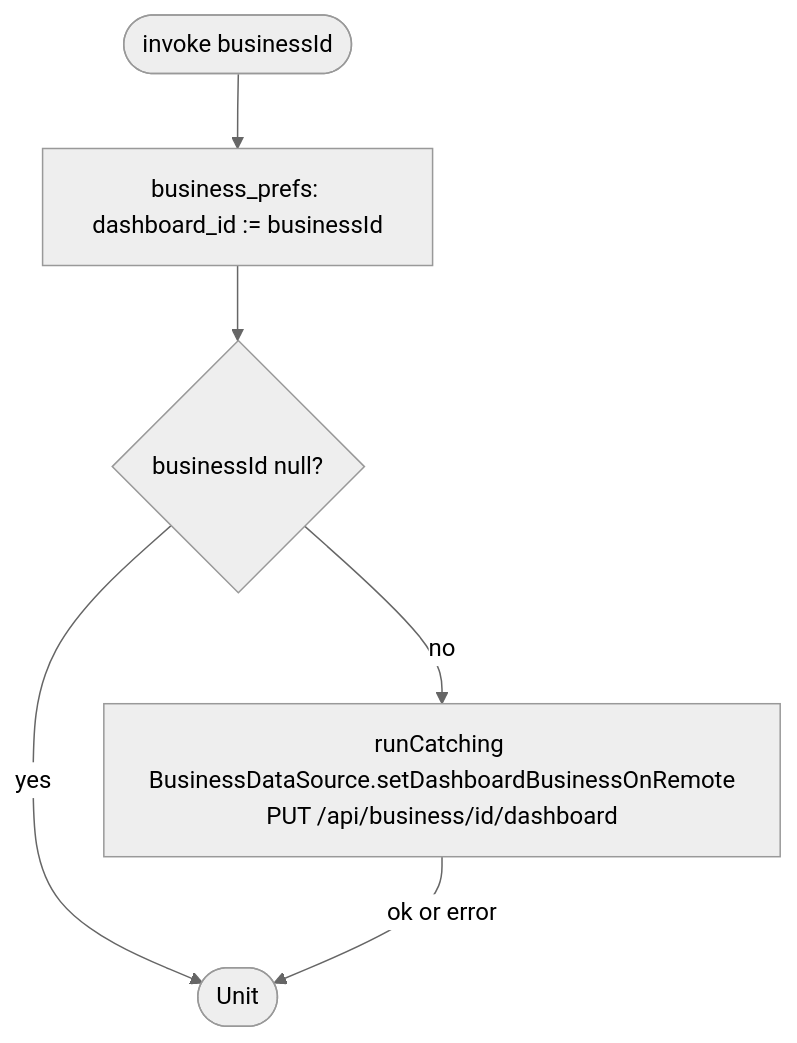
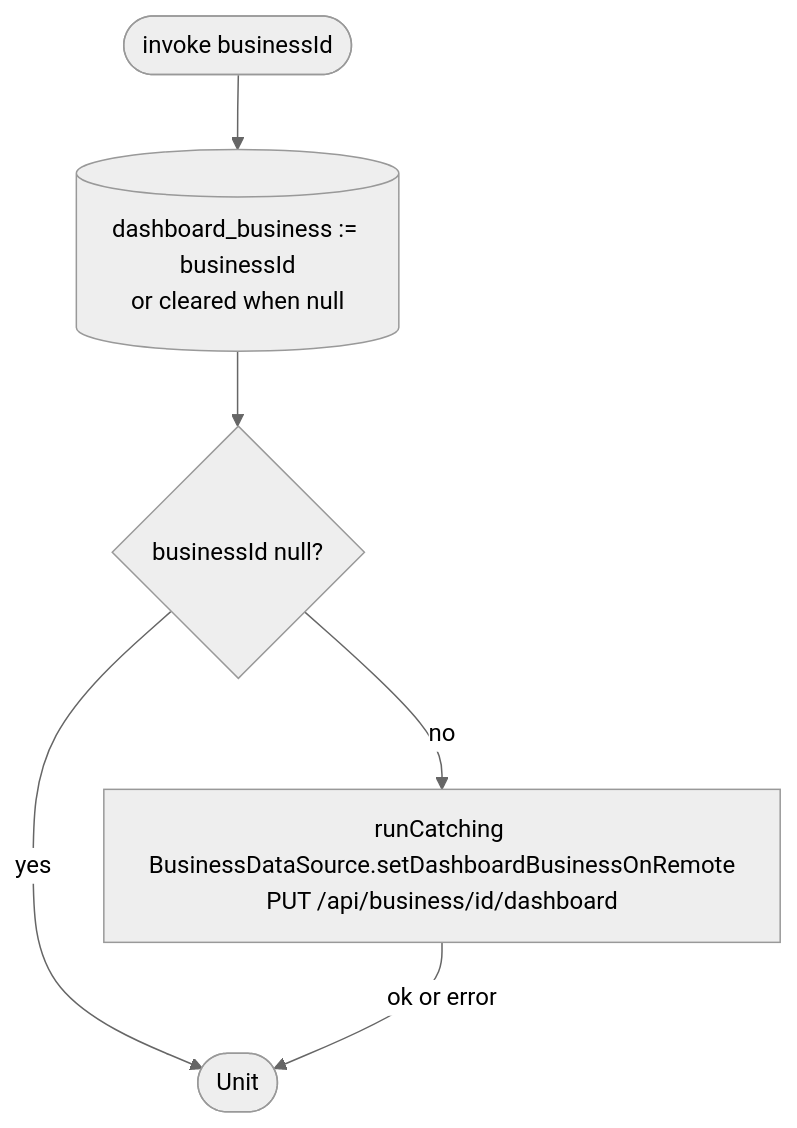
The diagram in docs/operations/business/switch-dashboard-business.md (nocturneproperties/bookkme-client), drawn with Mermaid (neutral theme) before and after one commit. The commit also changed other lines of this file and 32 other files, not shown here.

````diff
--- a/docs/operations/business/switch-dashboard-business.md
+++ b/docs/operations/business/switch-dashboard-business.md
@@ -16,8 +19,8 @@
 ```mermaid
 flowchart TD
-    Start([invoke businessId]) --> Local[business_prefs: dashboard_id := businessId]
+    Start([invoke businessId]) --> Local[(dashboard_business := businessId<br/>or cleared when null)]
     Local --> Null{businessId null?}
     Null -- yes --> R
     Null -- no --> Net[runCatching BusinessDataSource.setDashboardBusinessOnRemote<br/>PUT /api/business/id/dashboard]
     Net -- ok or error --> R([Unit])
 ```
````
